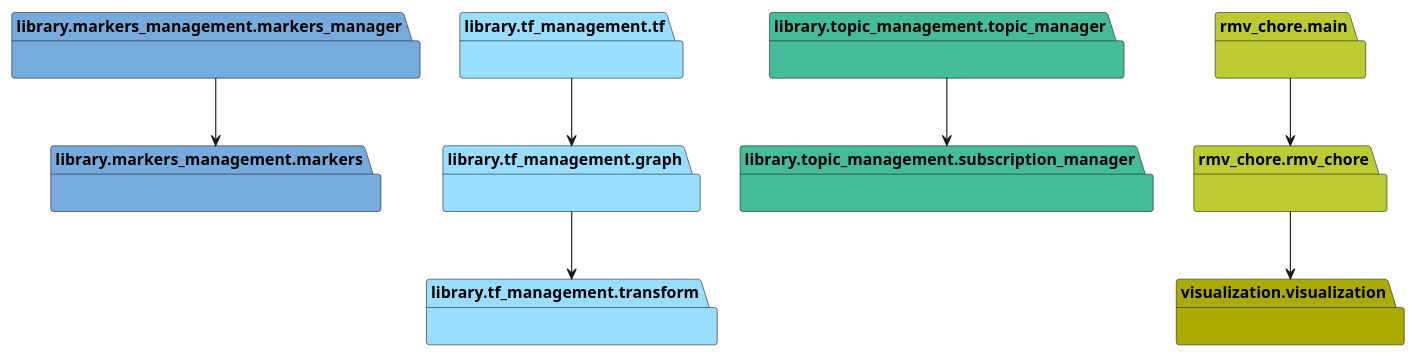
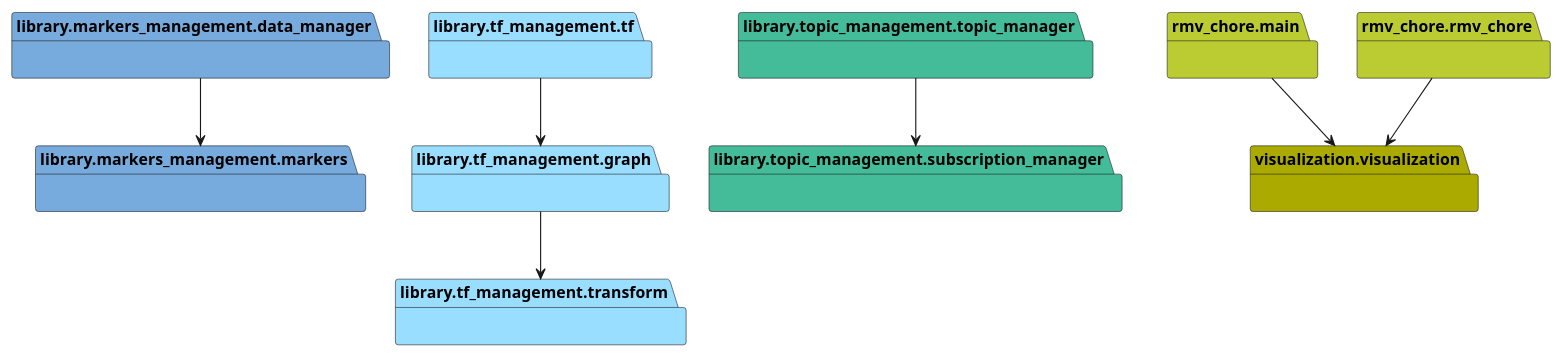
One commit to toyasama/rmv changed the diagram in src/packages.puml. Above: the diagram before and after it, drawn with PlantUML. The commit also changed 17 other files, not shown here.

```diff
--- a/src/packages.puml
+++ b/src/packages.puml
@@ -1,29 +1,29 @@
 @startuml packages
 set namespaceSeparator none
+package "library.markers_management.data_manager" as library.markers_management.data_manager #77AADD {
+}
 package "library.markers_management.markers" as library.markers_management.markers #77AADD {
-}
-package "library.markers_management.markers_manager" as library.markers_management.markers_manager #77AADD {
 }
 package "library.tf_management.graph" as library.tf_management.graph #99DDFF {
 }
 package "library.tf_management.tf" as library.tf_management.tf #99DDFF {
 }
 package "library.tf_management.transform" as library.tf_management.transform #99DDFF {
 }
 package "library.topic_management.subscription_manager" as library.topic_management.subscription_manager #44BB99 {
 }
 package "library.topic_management.topic_manager" as library.topic_management.topic_manager #44BB99 {
 }
 package "rmv_chore.main" as rmv_chore.main #BBCC33 {
 }
 package "rmv_chore.rmv_chore" as rmv_chore.rmv_chore #BBCC33 {
 }
 package "visualization.visualization" as visualization.visualization #AAAA00 {
 }
-library.markers_management.markers_manager --> library.markers_management.markers
+library.markers_management.data_manager --> library.markers_management.markers
 library.tf_management.graph --> library.tf_management.transform
 library.tf_management.tf --> library.tf_management.graph
 library.topic_management.topic_manager --> library.topic_management.subscription_manager
-rmv_chore.main --> rmv_chore.rmv_chore
+rmv_chore.main --> visualization.visualization
 rmv_chore.rmv_chore --> visualization.visualization
 @enduml
```
